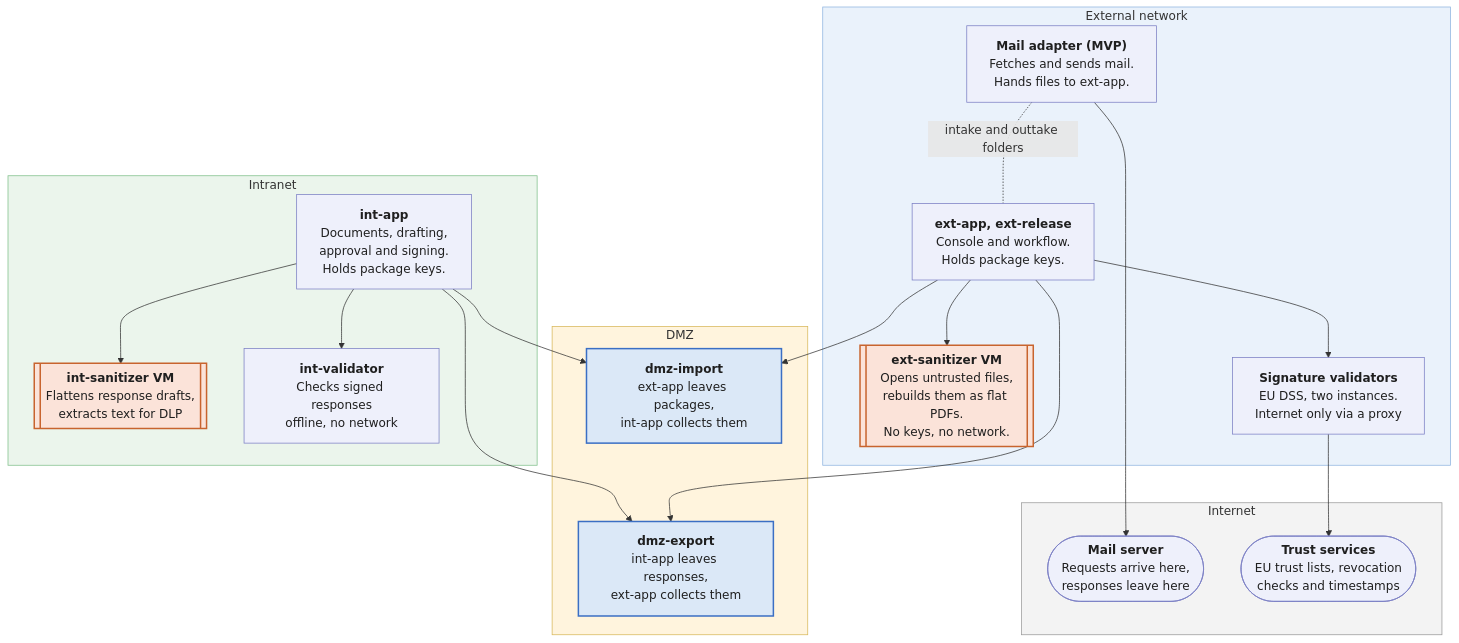
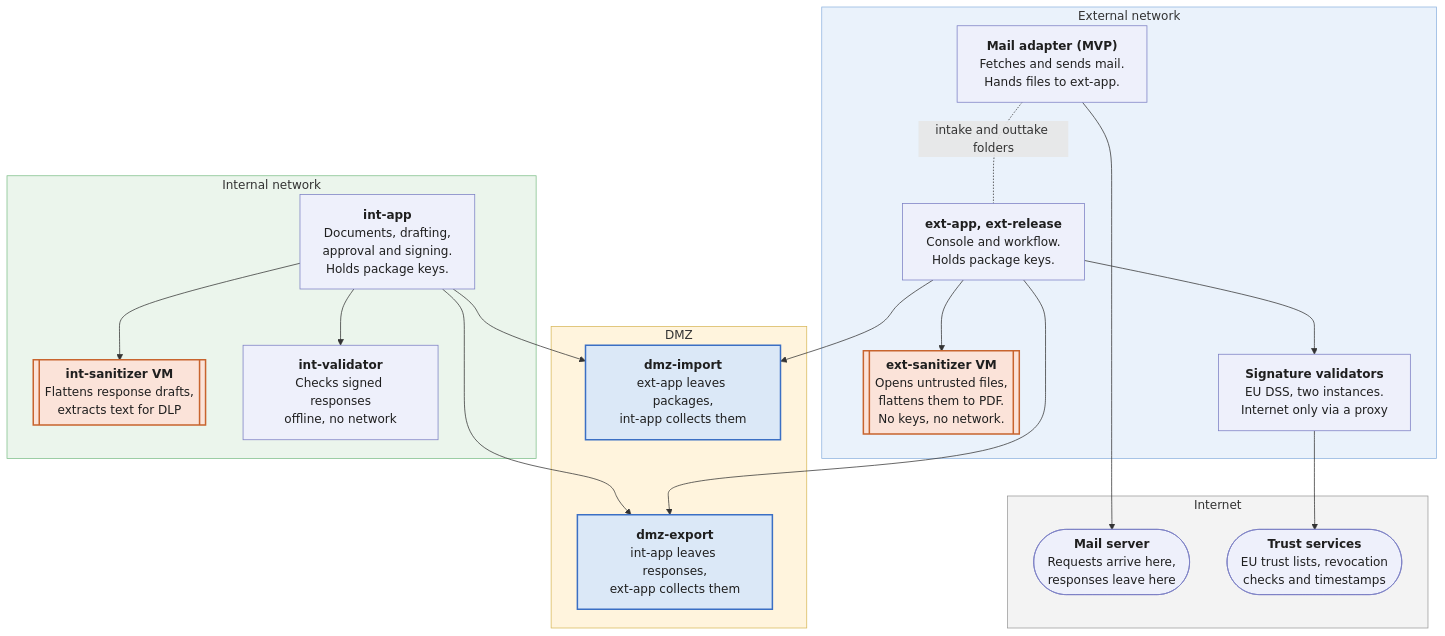
The diagram in document-exchange-proposal.md (tgivslife/dxg-document-gateway), drawn with Mermaid before and after one commit. The commit also changed other lines of this file and 2 other files, not shown here.

````diff
--- a/document-exchange-proposal.md
+++ b/document-exchange-proposal.md
@@ -21,54 +21,54 @@
 ```mermaid
 flowchart TB
     accDescr: DXG parts by network zone. Arrows point from the side that opens the connection, and both networks connect out to the DMZ.
 
-    subgraph INT["Intranet"]
+    subgraph INT["Internal network"]
         IAPP["<b>int-app</b><br/>Documents, drafting,<br/>approval and signing.<br/>Holds package keys."]
         ISAN[["<b>int-sanitizer VM</b><br/>Flattens response drafts,<br/>extracts text for DLP"]]
         IVAL["<b>int-validator</b><br/>Checks signed responses<br/>offline, no network"]
     end
 
     subgraph DMZ["DMZ"]
         IMP["<b>dmz-import</b><br/>ext-app leaves packages,<br/>int-app collects them"]
         EXP["<b>dmz-export</b><br/>int-app leaves responses,<br/>ext-app collects them"]
     end
 
     subgraph EXT["External network"]
         CORE["<b>ext-app, ext-release</b><br/>Console and workflow.<br/>Holds package keys."]
         ADAPTER["<b>Mail adapter (MVP)</b><br/>Fetches and sends mail.<br/>Hands files to ext-app."]
-        SAN[["<b>ext-sanitizer VM</b><br/>Opens untrusted files,<br/>rebuilds them as flat PDFs.<br/>No keys, no network."]]
+        SAN[["<b>ext-sanitizer VM</b><br/>Opens untrusted files,<br/>flattens them to PDF.<br/>No keys, no network."]]
         VAL["<b>Signature validators</b><br/>EU DSS, two instances.<br/>Internet only via a proxy"]
     end
 
     subgraph NET["Internet"]
         MAIL(["<b>Mail server</b><br/>Requests arrive here,<br/>responses leave here"])
         TRUST(["<b>Trust services</b><br/>EU trust lists, revocation<br/>checks and timestamps"])
     end
 
     %% Each arrow points from the side that opens the connection.
     IAPP --> IMP
     IAPP --> EXP
     IAPP --> ISAN
     IAPP --> IVAL
     CORE --> IMP
     CORE --> EXP
     CORE --> SAN
     CORE --> VAL
     ADAPTER -. "intake and outtake folders" .- CORE
     ADAPTER --> MAIL
     VAL --> TRUST
 
     %% Layout only: stack the DMZ hosts so no line runs between them.
     IMP ~~~ EXP
 
     classDef part fill:#eef0fb,stroke:#7b7fc4,color:#1f1f1f
     classDef vm fill:#fbe3d9,stroke:#c8642e,stroke-width:2px,color:#1f1f1f
     classDef dmz fill:#dbe8f7,stroke:#3b6fc4,stroke-width:2px,color:#1f1f1f
     class MAIL,TRUST,ADAPTER,CORE,VAL,IAPP,IVAL part
     class SAN,ISAN vm
     class IMP,EXP dmz
     style NET fill:#f3f3f3,stroke:#9a9a9a
     style EXT fill:#eaf2fb,stroke:#8fb4e0
     style DMZ fill:#fff4dd,stroke:#d8b85a
     style INT fill:#ebf5ec,stroke:#7fbf8a
 ```
````
